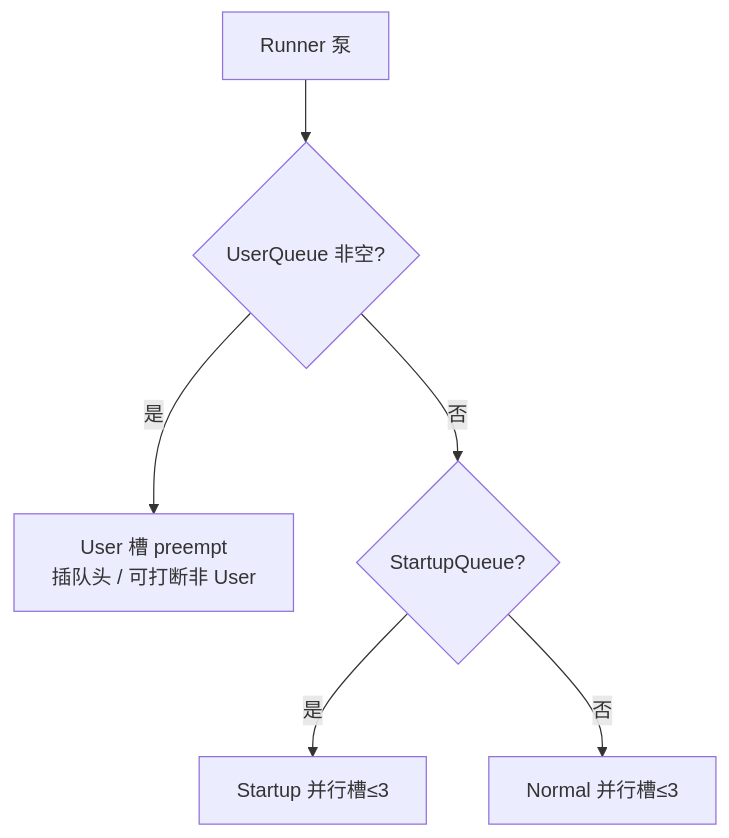
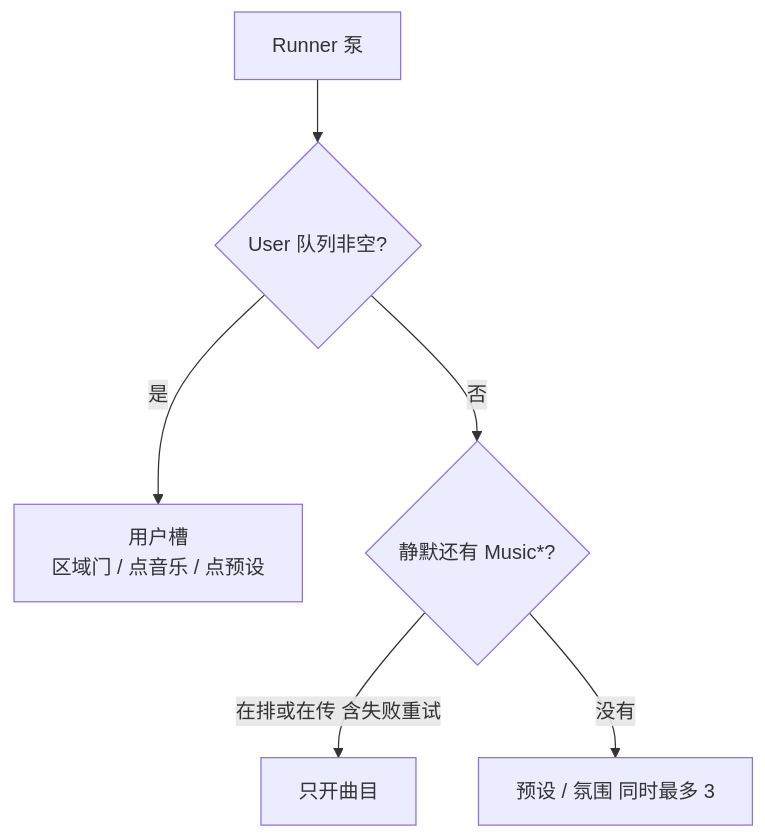
One commit to sika0819/CustomSRP changed the eighth of 12 diagrams in Assets/GameMain/Docs/13-bank-download.md. Above: the diagram before and after it, drawn with Mermaid. The commit also changed other lines of this file and 156 other files, not shown here.

````diff
--- a/Assets/GameMain/Docs/13-bank-download.md
+++ b/Assets/GameMain/Docs/13-bank-download.md
@@ -293,8 +293,8 @@
 ```mermaid
 flowchart TB
-  Pump[Runner 泵] --> U{UserQueue 非空?}
-  U -->|是| UserSlot[User 槽 preempt<br/>插队头 / 可打断非 User]
-  U -->|否| S{StartupQueue?}
-  S -->|是| StartSlot[Startup 并行槽≤3]
-  S -->|否| N[Normal 并行槽≤3]
+  Pump[Runner 泵] --> U{User 队列非空?}
+  U -->|是| UserSlot[用户槽<br/>区域门 / 点音乐 / 点预设]
+  U -->|否| M{静默还有 Music*?}
+  M -->|在排或在传 含失败重试| MusicSlot[只开曲目]
+  M -->|没有| PresetSlot[预设 / 氛围 同时最多 3]
 ```
````
